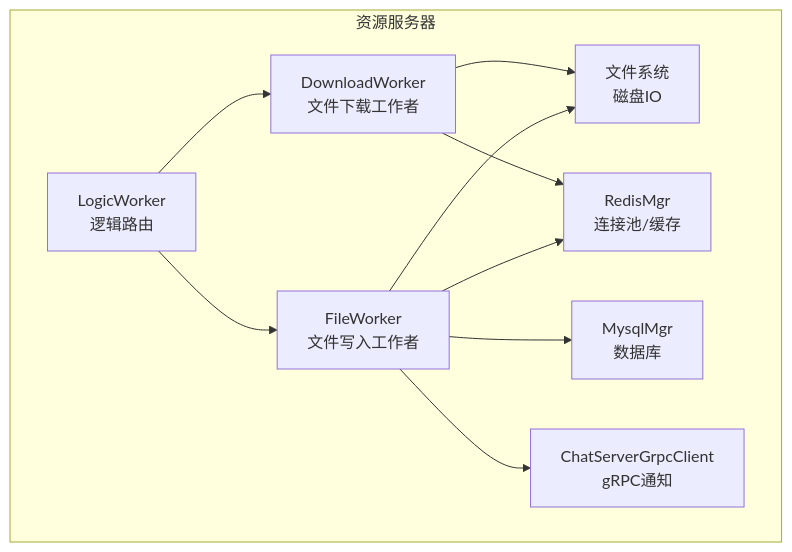
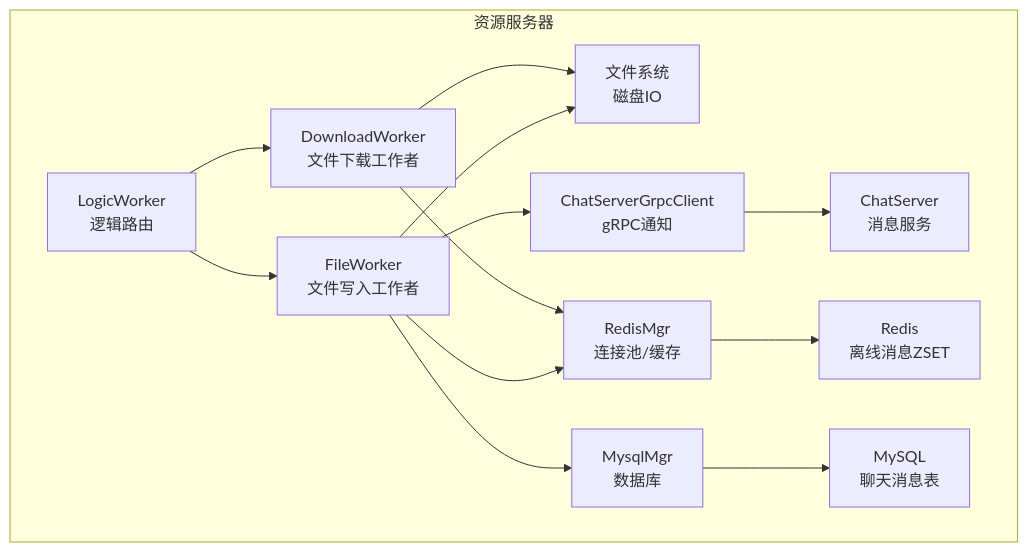
Before and after one commit to echo9923/mychatter: the first of 7 diagrams in .qoder/repowiki/zh/content/架构设计/微服务架构设计/ResourceServer资源存储服务/文件工作线程系统.md, drawn with Mermaid. The commit also changed other lines of this file and 54 other files, not shown here.

````diff
--- a/.qoder/repowiki/zh/content/架构设计/微服务架构设计/ResourceServer资源存储服务/文件工作线程系统.md
+++ b/.qoder/repowiki/zh/content/架构设计/微服务架构设计/ResourceServer资源存储服务/文件工作线程系统.md
@@ -42,13 +52,16 @@
 ```mermaid
 graph TB
 subgraph "资源服务器"
 A["LogicWorker<br/>逻辑路由"] --> B["FileWorker<br/>文件写入工作者"]
 A --> C["DownloadWorker<br/>文件下载工作者"]
 B --> D["文件系统<br/>磁盘IO"]
 C --> D
 B --> E["RedisMgr<br/>连接池/缓存"]
 C --> E
 B --> F["MysqlMgr<br/>数据库"]
 B --> G["ChatServerGrpcClient<br/>gRPC通知"]
+G --> H["ChatServer<br/>消息服务"]
+E --> I["Redis<br/>离线消息ZSET"]
+F --> J["MySQL<br/>聊天消息表"]
 end
 ```
````
